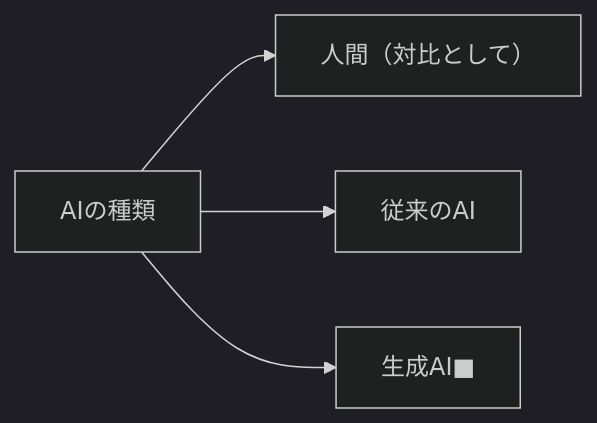
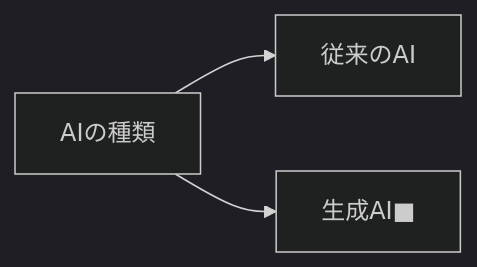
One commit to SparklingDetergent/doc_genai_Using_Generative_AI_with_Mac_Mini_-Introduction- changed the first of 10 diagrams in README.md. Above: the diagram before and after it, drawn with Mermaid (dark theme).

````diff
--- a/README.md
+++ b/README.md
@@ -42,6 +42,6 @@
 ```mermaid
 graph LR
-    A[AIの種類] --> B[人間（対比として）]
+    A[AIの種類] 
     A --> C[従来のAI]
     A --> D[生成AI■]
 ```
````
